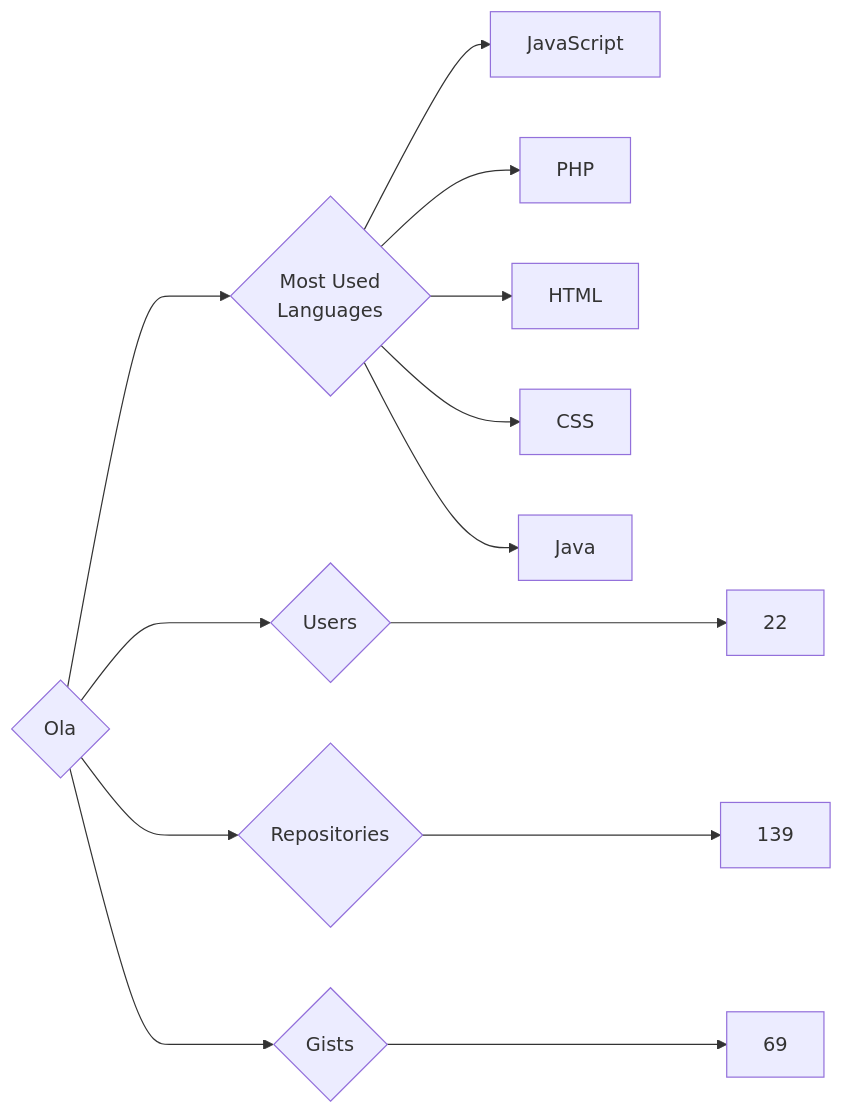
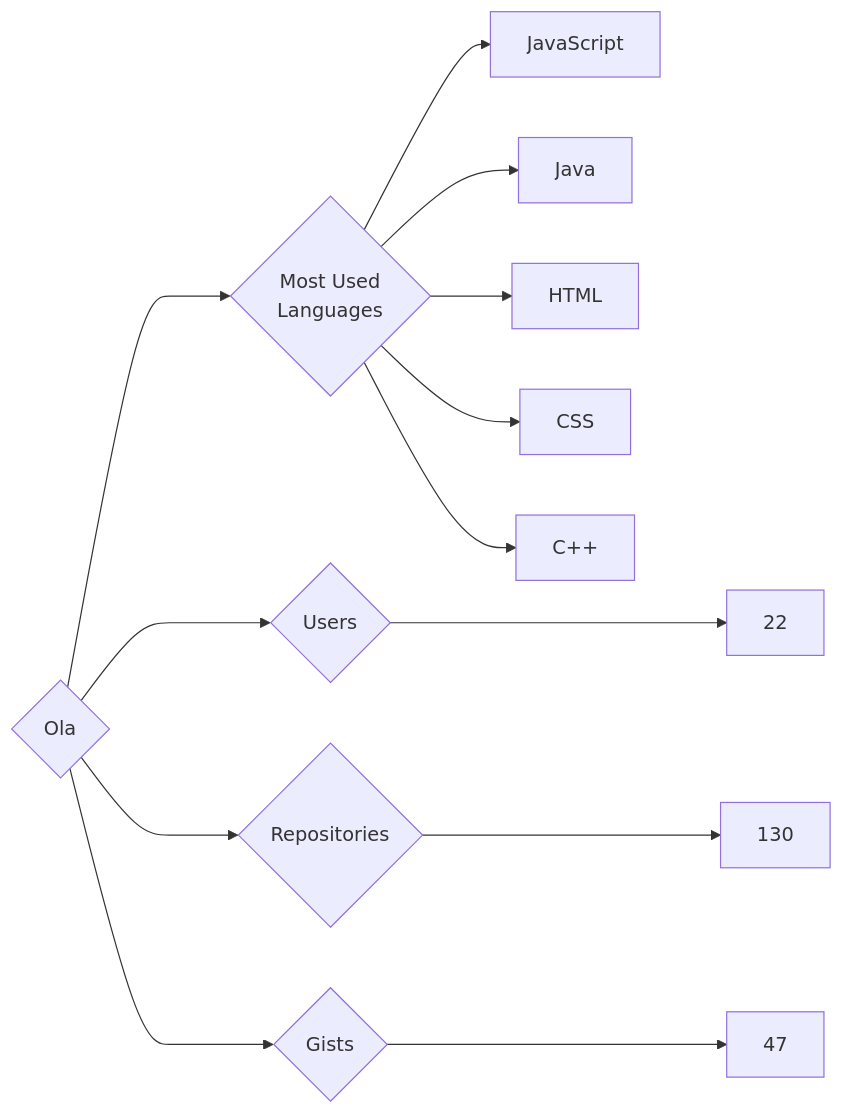
Before and after one commit to trickest/insiders: the diagram in targets/Ola/README.md, drawn with Mermaid. The commit also changed 964 other files, not shown here.

````diff
--- a/targets/Ola/README.md
+++ b/targets/Ola/README.md
@@ -3,13 +3,13 @@
 ```mermaid
 graph LR
 COMPANY_NAME{Ola}
 COMPANY_NAME ---> U{Users} ---> UN[22]
-COMPANY_NAME ---> R{Repositories} ---> RN[139]
-COMPANY_NAME ---> G{Gists} ---> GN[69]
+COMPANY_NAME ---> R{Repositories} ---> RN[130]
+COMPANY_NAME ---> G{Gists} ---> GN[47]
 COMPANY_NAME ---> ML{Most Used<br>Languages}
 ML --> JavaScript[JavaScript]
-ML --> PHP[PHP]
+ML --> Java[Java]
 ML --> HTML[HTML]
 ML --> CSS[CSS]
-ML --> Java[Java]
+ML --> C++[C++]
 ```
````
